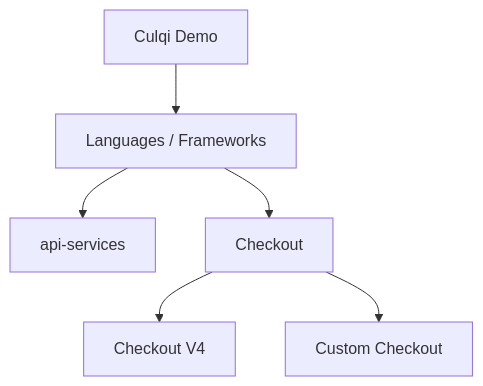
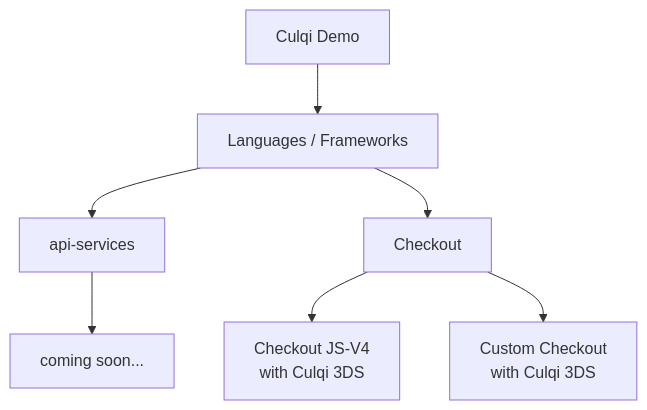
One commit to culqi/culqi-demos changed the diagram in README.md. Above: the diagram before and after it, drawn with Mermaid. The commit also changed other lines of this file and 1 other file, not shown here.

````diff
--- a/README.md
+++ b/README.md
@@ -10,23 +10,25 @@
 ```mermaid
 flowchart TD
 
   api[api-services]
   checkout[Checkout]
-  v4[Checkout V4]
-  custom[Custom Checkout]
+  js-v4[Checkout JS-V4 \n with Culqi 3DS]
+  custom[Custom Checkout \n with Culqi 3DS]
+  soon[coming soon...]
   %% charge[Cargos]
   %% order[Ordenes]
   %% customer[Clientes]
 
   Frameworks[Languages / Frameworks]
     Frameworks --> api
     Frameworks --> checkout
-    checkout --> v4
+    checkout --> js-v4
     checkout --> custom
+    api --> soon
     %% api --> charge
     %% api --> order
     %% api --> customer
 
   start[Culqi Demo]
   start --> Frameworks
 ```
````
